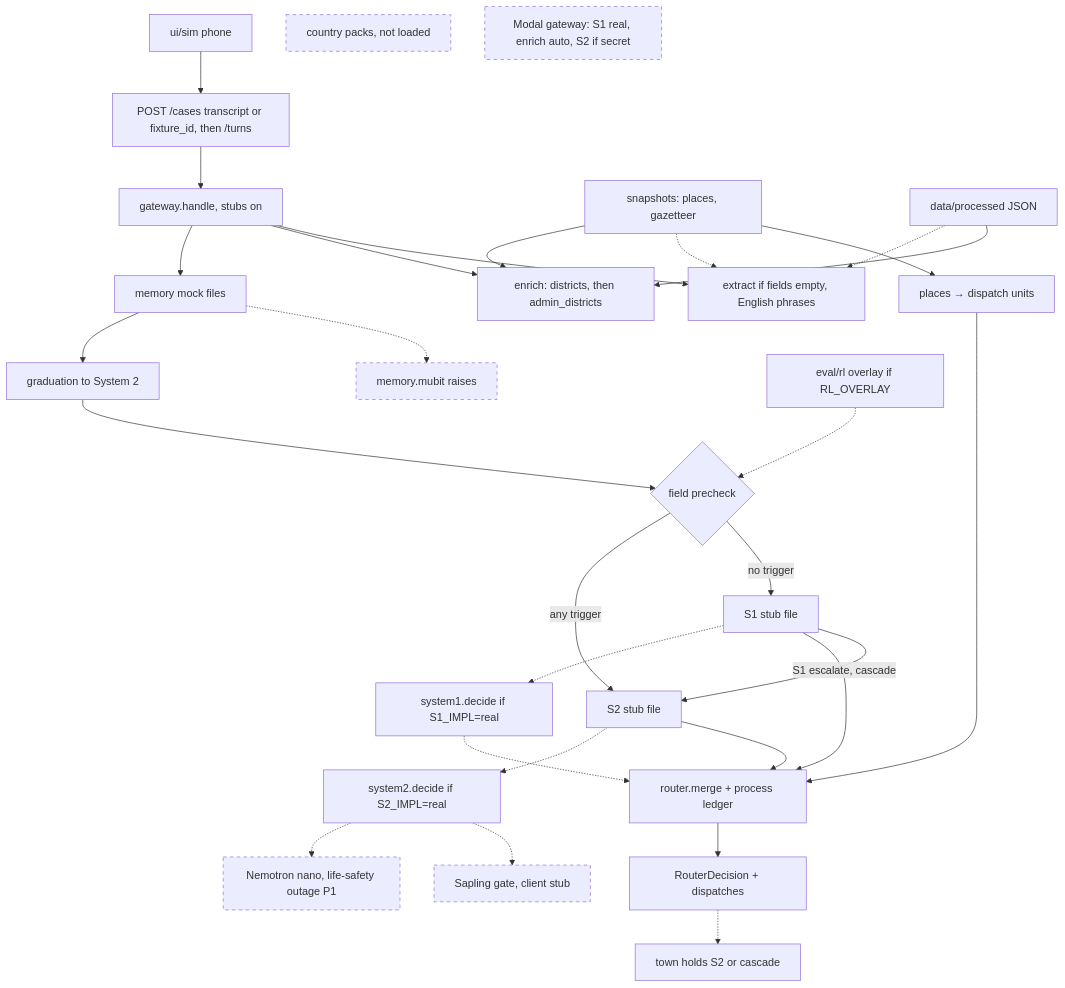
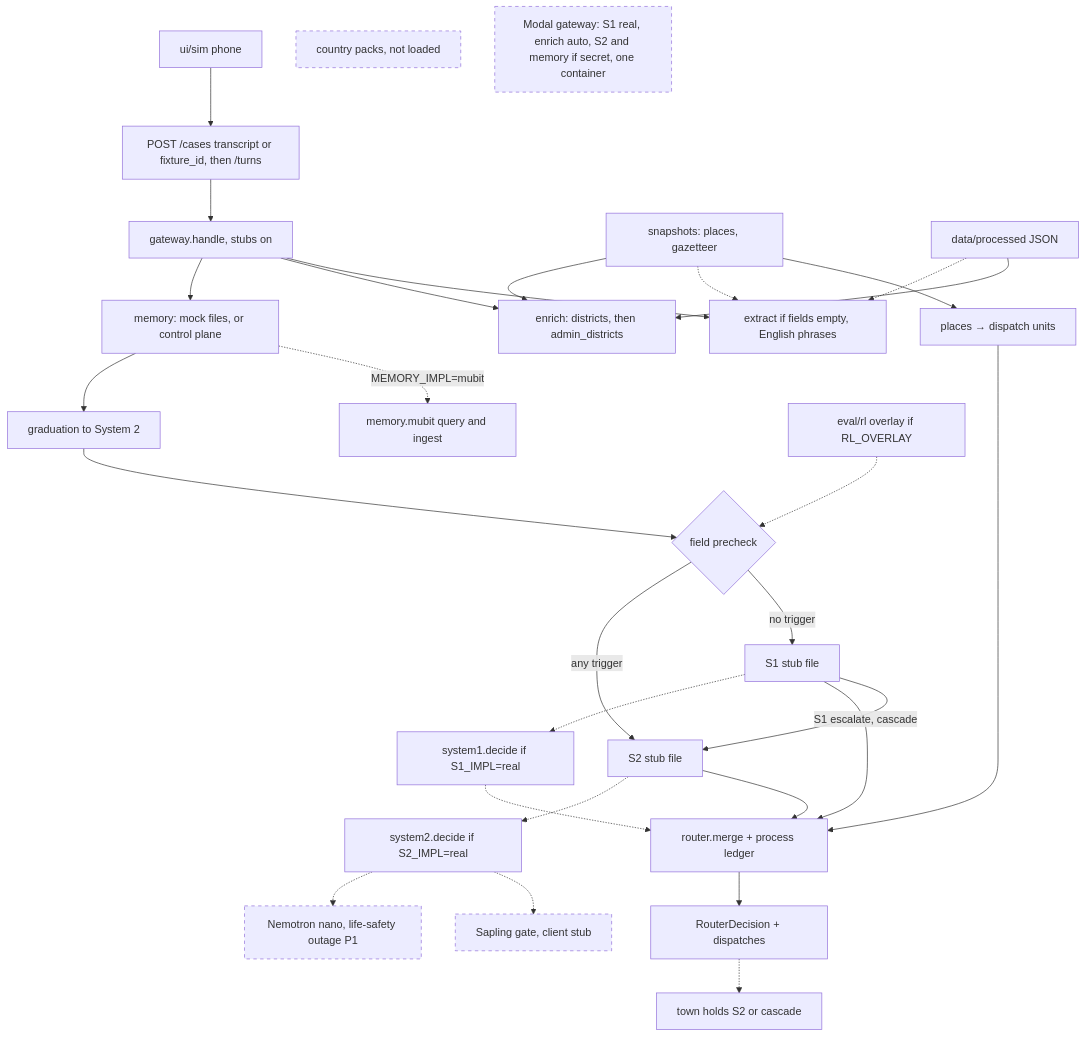
The first of 3 diagrams in BaanSafe_Revised_Architecture.md (melaniepreen/Baan-Safe), drawn with Mermaid before and after one commit. The commit also changed other lines of this file and 2 other files, not shown here.

Commit message:
docs: refresh architecture diagram (7342a66)

````diff
--- a/BaanSafe_Revised_Architecture.md
+++ b/BaanSafe_Revised_Architecture.md
@@ -20,33 +20,33 @@
 ```mermaid
 flowchart TD
   classDef unwired stroke-dasharray: 5 5
   phone["ui/sim phone"] --> turns["POST /cases transcript or fixture_id, then /turns"]
   turns --> gw["gateway.handle, stubs on"]
   gw --> extract["extract if fields empty, English phrases"]
   gw --> enrich["enrich: districts, then admin_districts"]
-  gw --> mem["memory mock files"]
-  mem -.-> mm["memory.mubit raises"]:::unwired
+  gw --> mem["memory: mock files, or control plane"]
+  mem -.->|"MEMORY_IMPL=mubit"| mm["memory.mubit query and ingest"]
   mem --> grad["graduation to System 2"]
   grad --> pick{"field precheck"}
   pick -->|no trigger| s1["S1 stub file"]
   pick -->|any trigger| s2["S2 stub file"]
   s1 -->|"S1 escalate, cascade"| s2
   ov["eval/rl overlay if RL_OVERLAY"] -.-> pick
   s1 --> merge["router.merge + process ledger"]
   s2 --> merge
   snap["snapshots: places, gazetteer"] --> places["places → dispatch units"]
   places --> merge
   proc["data/processed JSON"] --> enrich
   proc -.-> extract
   snap -.-> extract
   snap --> enrich
   merge --> out["RouterDecision + dispatches"]
   out -.-> hold["town holds S2 or cascade"]
   s1 -.-> rules["system1.decide if S1_IMPL=real"]
   rules -.-> merge
   s2 -.-> s2d["system2.decide if S2_IMPL=real"]
   s2d -.-> sap["Sapling gate, client stub"]:::unwired
   s2d -.-> llm["Nemotron nano, life-safety outage P1"]:::unwired
   packs["country packs, not loaded"]:::unwired
-  modal["Modal gateway: S1 real, enrich auto, S2 if secret"]:::unwired
+  modal["Modal gateway: S1 real, enrich auto, S2 and memory if secret, one container"]:::unwired
 ```
````
